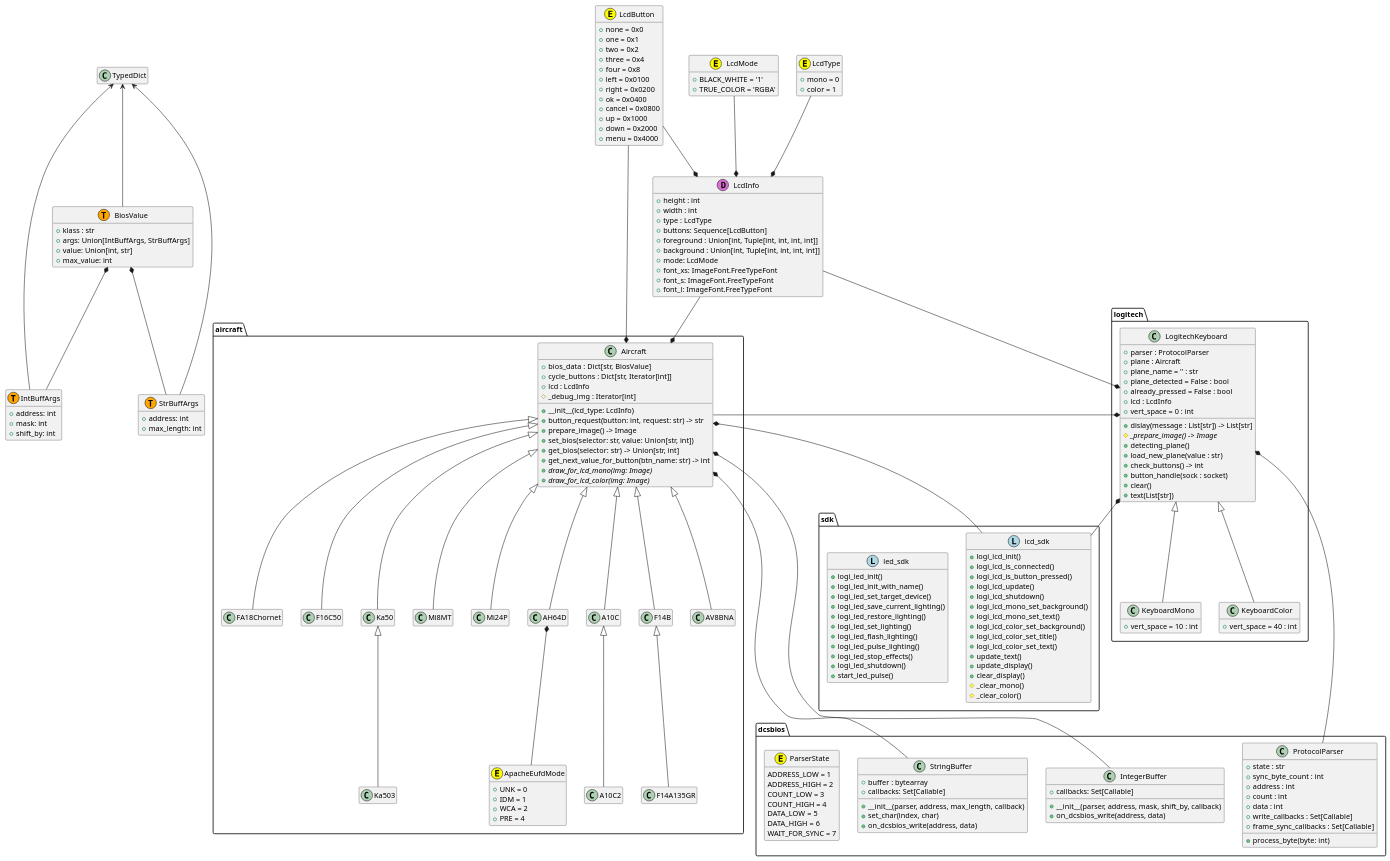
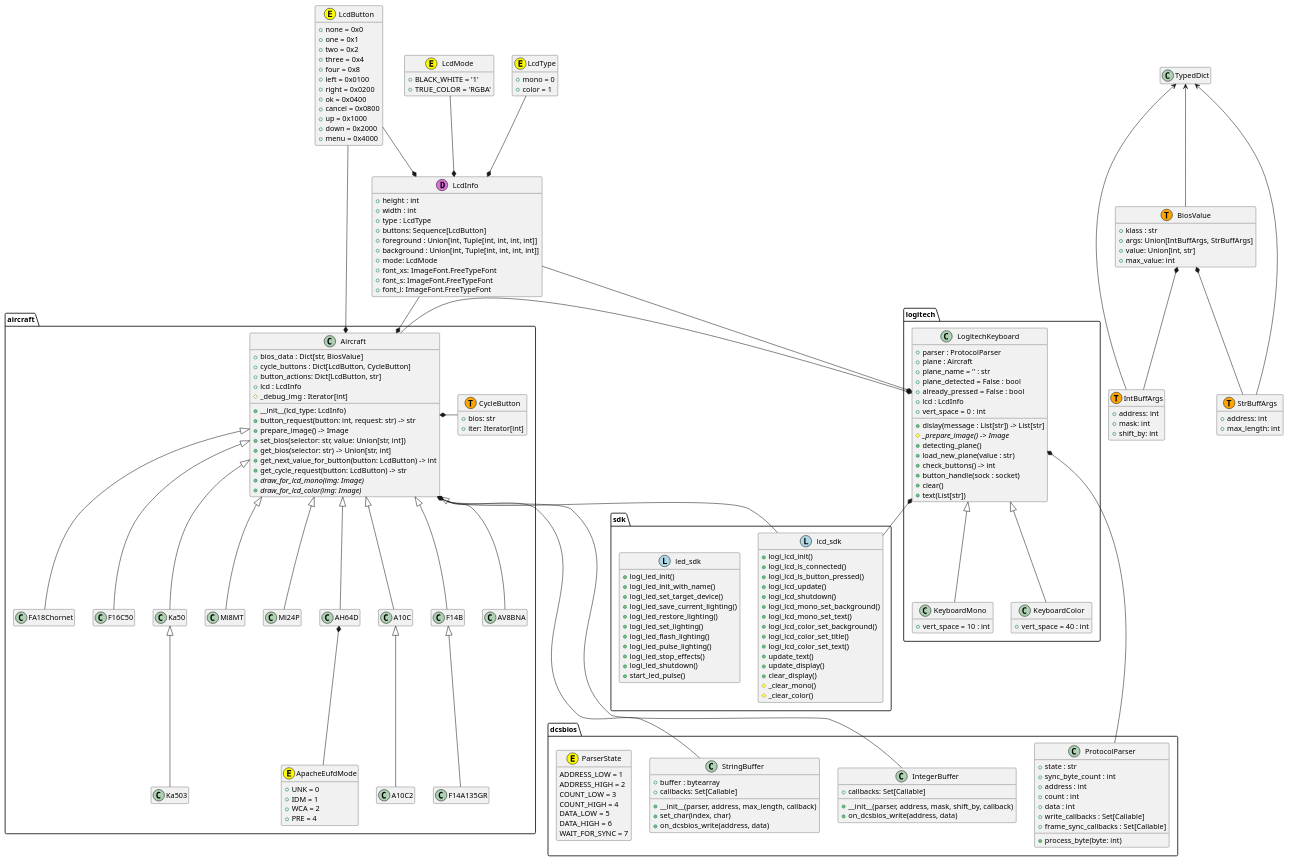
The diagram in uml/classes.puml (emcek/dcspy), drawn with PlantUML before and after one commit.

Commit message:
update UML

```diff
--- a/uml/classes.puml
+++ b/uml/classes.puml
@@ -82,9 +82,12 @@
     F14B <|-- F14A135GR
     Aircraft <|-- AV8BNA
     AH64D *-- ApacheEufdMode
+    Aircraft *- CycleButton
+
     class Aircraft {
         + bios_data : Dict[str, BiosValue]
-        + cycle_buttons : Dict[str, Iterator[int]]
+        + cycle_buttons : Dict[LcdButton, CycleButton]
+        + button_actions: Dict[LcdButton, str]
         + lcd : LcdInfo
         # _debug_img : Iterator[int]
         + __init__(lcd_type: LcdInfo)
@@ -92,7 +95,8 @@
         + prepare_image() -> Image
         + set_bios(selector: str, value: Union[str, int])
         + get_bios(selector: str) -> Union[str, int]
-        + get_next_value_for_button(btn_name: str) -> int
+        + get_next_value_for_button(button: LcdButton) -> int
+        + get_cycle_request(button: LcdButton) -> str
         + {abstract} draw_for_lcd_mono(img: Image)
         + {abstract} draw_for_lcd_color(img: Image)
     }
@@ -102,6 +106,11 @@
         + IDM = 1
         + WCA = 2
         + PRE = 4
+    }
+
+    class CycleButton <<(T,orange)>> {
+        + bios: str
+        + iter: Iterator[int]
     }
 }
 
```
